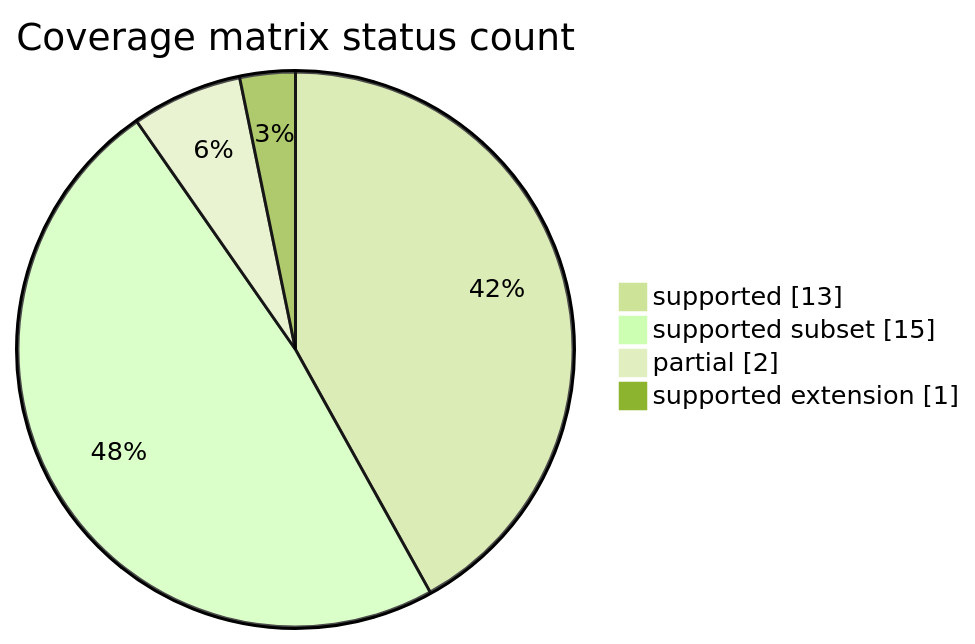
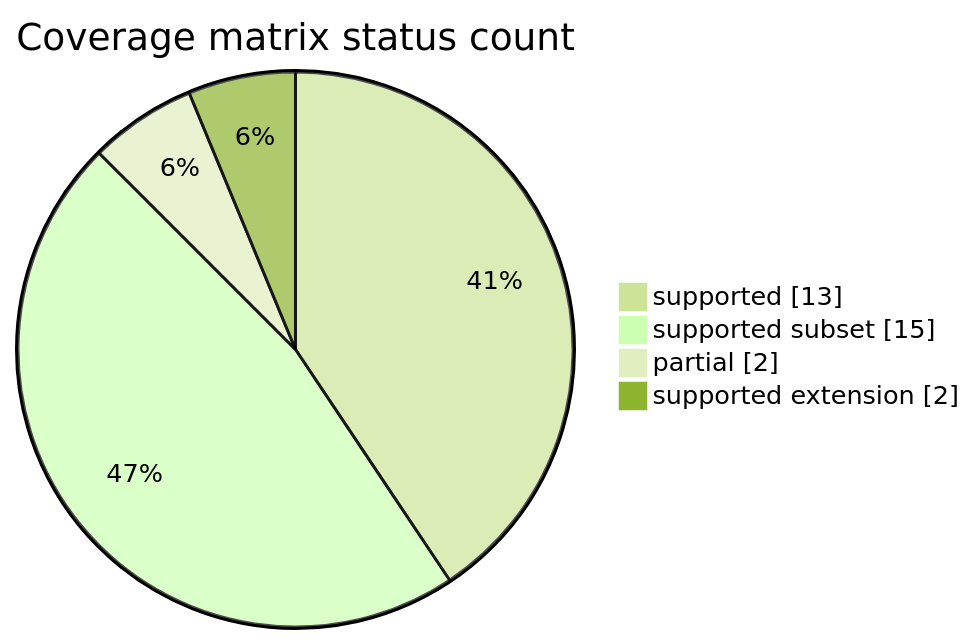
Before and after one commit to Olegie/PlankaC: the third of 6 diagrams in docs/infographic.md, drawn with Mermaid (forest theme). The commit also changed other lines of this file and 36 other files, not shown here.

````diff
--- a/docs/infographic.md
+++ b/docs/infographic.md
@@ -61,8 +63,8 @@
 ```mermaid
 pie showData
     title Coverage matrix status count
     "supported" : 13
     "supported subset" : 15
     "partial" : 2
-    "supported extension" : 1
+    "supported extension" : 2
 ```
````
